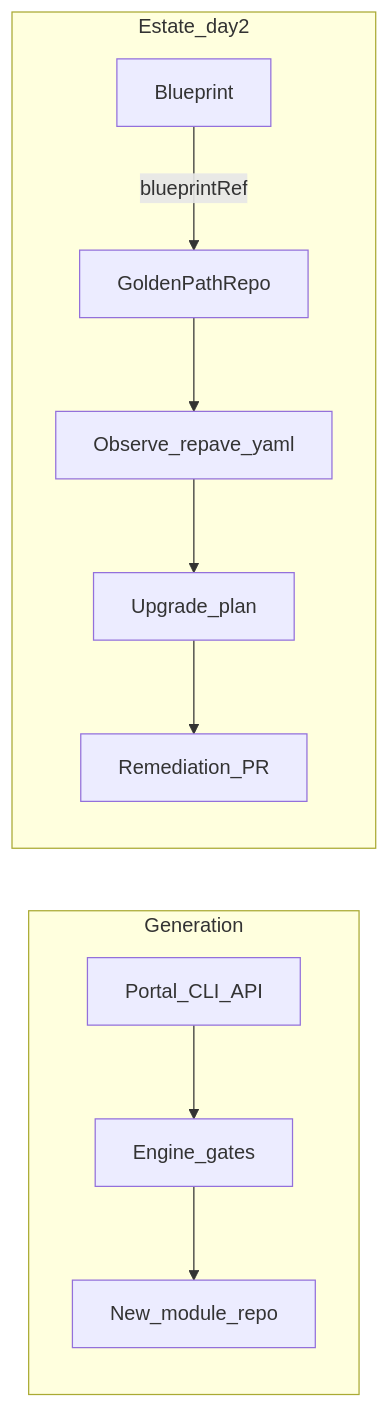
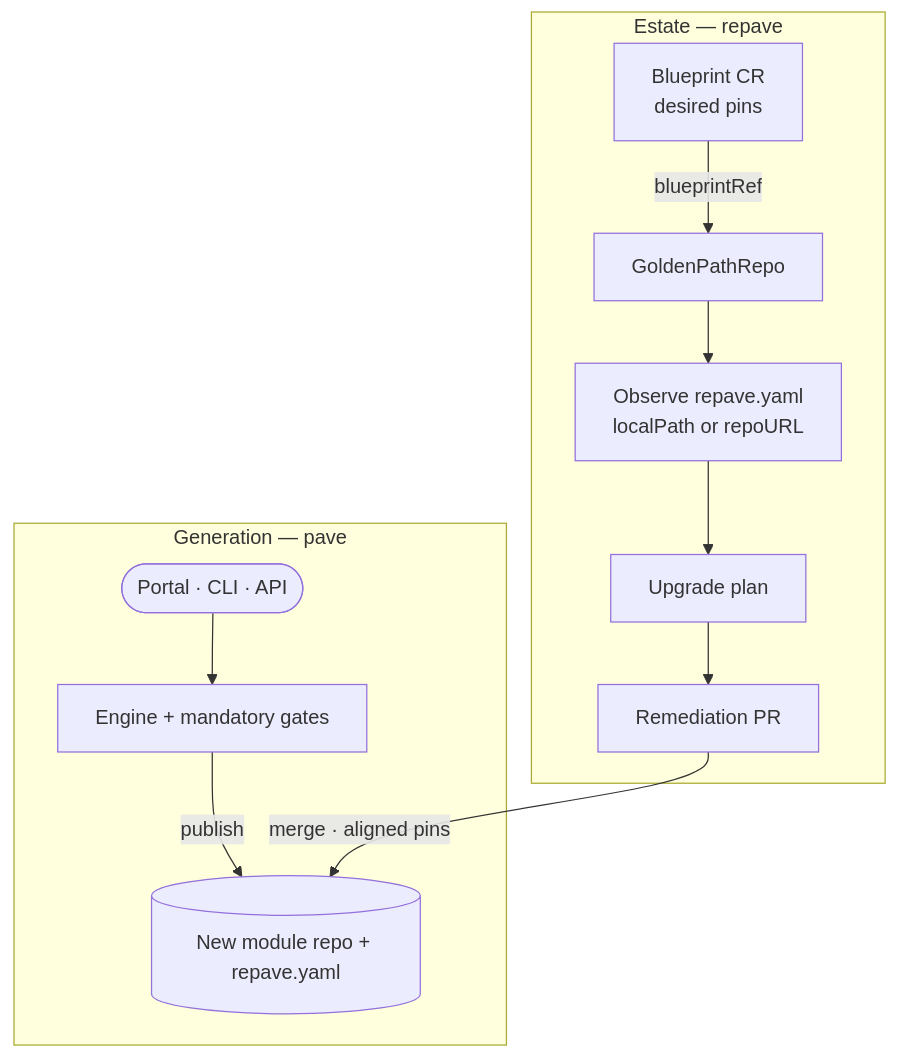
The diagram in docs/operator-overview.md (opsdevcode/repave), drawn with Mermaid before and after one commit. The commit also changed 2 other files, not shown here.

Commit message:
docs: enrich IDP mermaid diagrams for pave and repave
Replace flat box chains with layered architecture, numbered pave/drift
loops, and a today-to-v3 evolution view in README, Concepts, and
operator overview.

````diff
--- a/docs/operator-overview.md
+++ b/docs/operator-overview.md
@@ -30,13 +30,15 @@
 ```mermaid
-flowchart LR
-  subgraph generate [Generation]
-    Form[Portal_CLI_API] --> Engine[Engine_gates]
-    Engine --> NewRepo[New_module_repo]
+flowchart TB
+  subgraph generate [Generation — pave]
+    Form(["Portal · CLI · API"]) --> Engine["Engine + mandatory gates"]
+    Engine -->|"publish"| NewRepo[("New module repo + repave.yaml")]
   end
-  subgraph day2 [Estate_day2]
-    GPR[GoldenPathRepo] --> Observe[Observe_repave_yaml]
-    Observe --> Plan[Upgrade_plan]
-    Plan --> PR[Remediation_PR]
-    BP[Blueprint] -->|blueprintRef| GPR
+
+  subgraph day2 [Estate — repave]
+    BP["Blueprint CR<br/>desired pins"] -->|"blueprintRef"| GPR["GoldenPathRepo"]
+    GPR --> Observe["Observe repave.yaml<br/>localPath or repoURL"]
+    Observe --> Plan["Upgrade plan"]
+    Plan --> PR["Remediation PR"]
+    PR -->|"merge · aligned pins"| NewRepo
   end
 ```
````
